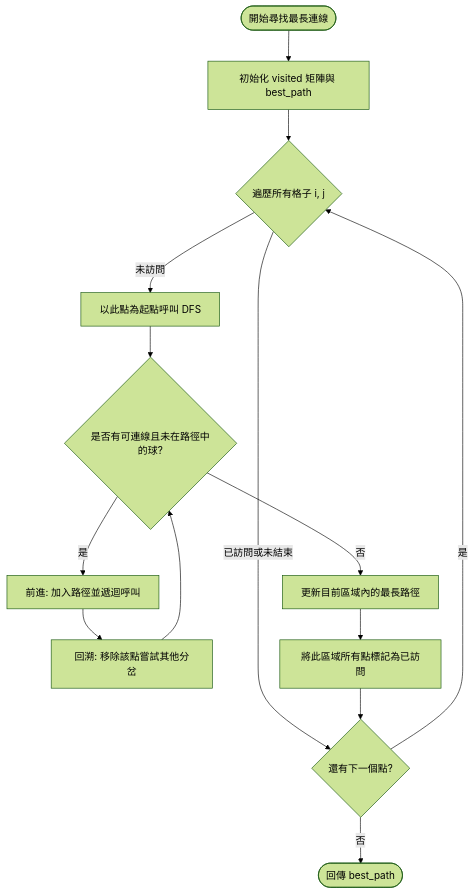
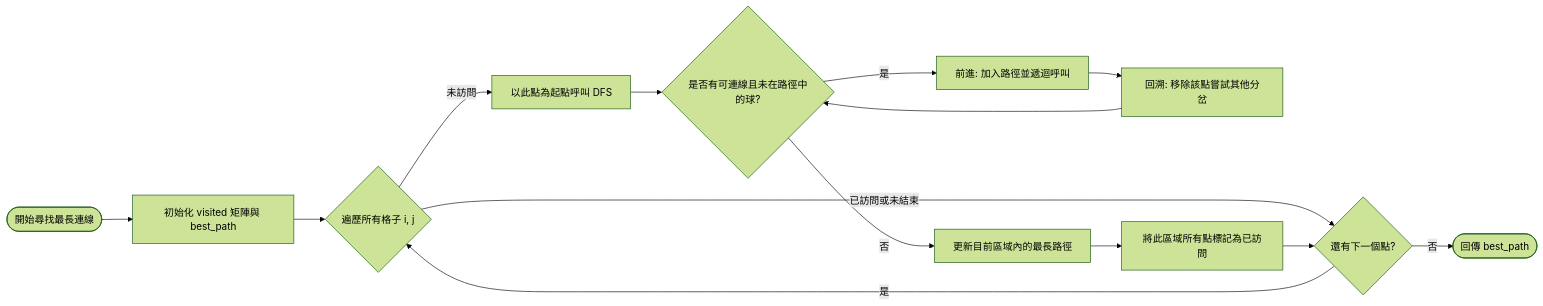
One commit to Yoyo-ace1110/Collect-Em-All changed the second of 2 diagrams in 流程圖.md. Above: the diagram before and after it, drawn with Mermaid (forest theme). The commit also changed other lines of this file, not shown here.

Commit message:
Update flowchart direction in 流程圖.md
Change flowchart direction from TD to LR for better readability.

````diff
--- a/流程圖.md
+++ b/流程圖.md
@@ -26,20 +26,20 @@
 ```mermaid
-flowchart TD
+flowchart LR
     Start([開始尋找最長連線]) --> Init[初始化 visited 矩陣與 best_path]
     Init --> LoopStart{遍歷所有格子 i, j}
     
     LoopStart -- 已訪問或未結束 --> Next{還有下一個點?}
     Next -- 是 --> LoopStart
     Next -- 否 --> End([回傳 best_path])
     
     LoopStart -- 未訪問 --> CallDFS[以此點為起點呼叫 DFS]
     CallDFS --> DFSCheck{是否有可連線且未在路徑中的球?}
     
     DFSCheck -- 是 --> Forward[前進: 加入路徑並遞迴呼叫]
     Forward --> Backtrack[回溯: 移除該點嘗試其他分岔]
     Backtrack --> DFSCheck
     
     DFSCheck -- 否 --> Compare[更新目前區域內的最長路徑]
     Compare --> MarkVisited[將此區域所有點標記為已訪問]
     MarkVisited --> Next
 ```
````
